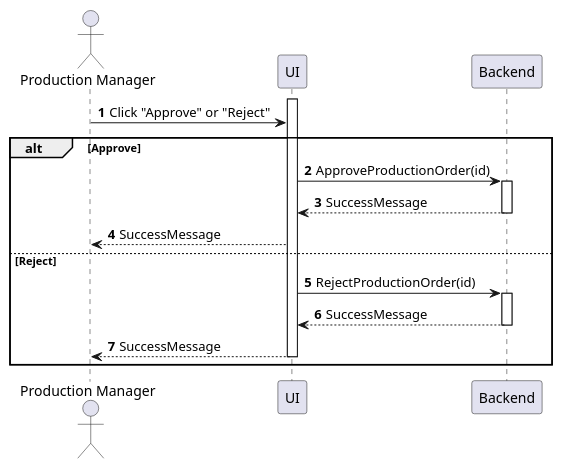
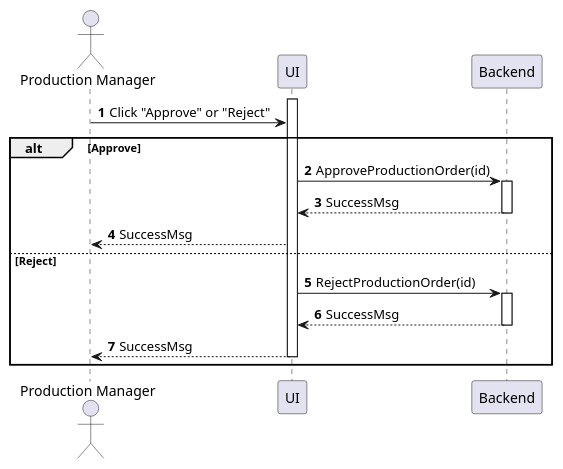
The diagram in sequences/production-order-approve.plantuml (phihungha/scmss-reqs), drawn with PlantUML before and after one commit. The commit also changed 17 other files, not shown here.

```diff
--- a/sequences/production-order-approve.plantuml
+++ b/sequences/production-order-approve.plantuml
@@ -1,24 +1,24 @@
 @startuml production-order-approve
 autonumber
 
 actor "Production Manager" as a
 participant UI as f
 participant Backend as b
 
 activate f
 a -> f : Click "Approve" or "Reject"
 
 alt Approve
     f -> b : ApproveProductionOrder(id)
     activate b
-    b --> f : SuccessMessage
+    b --> f : SuccessMsg
     deactivate b
-    f --> a : SuccessMessage
+    f --> a : SuccessMsg
 else Reject
     f -> b : RejectProductionOrder(id)
     activate b
-    return SuccessMessage
-    f --> a : SuccessMessage
+    return SuccessMsg
+    f --> a : SuccessMsg
     deactivate f
 end
 @enduml
```
